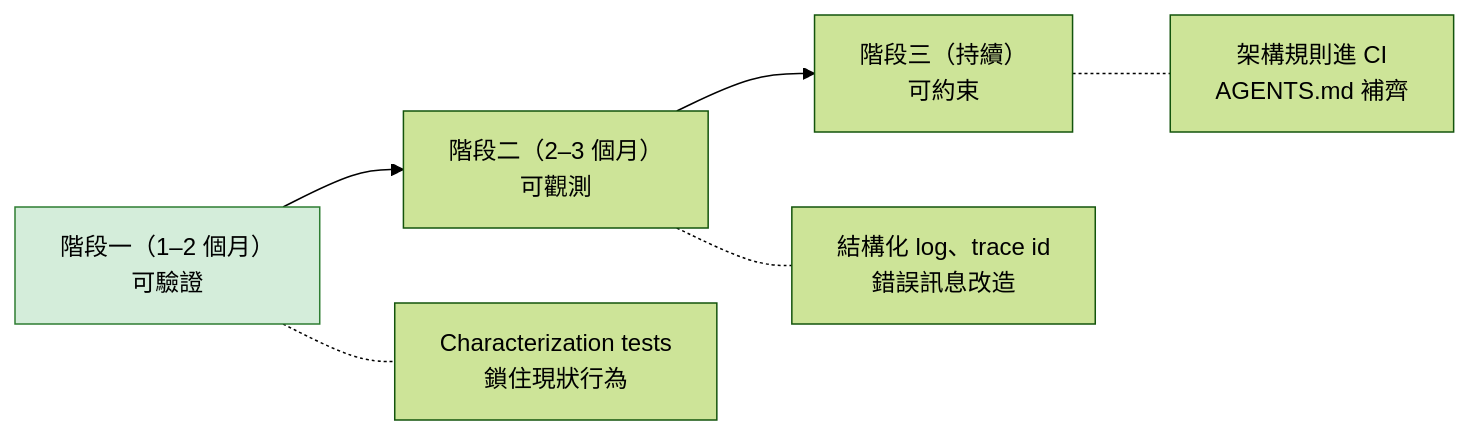
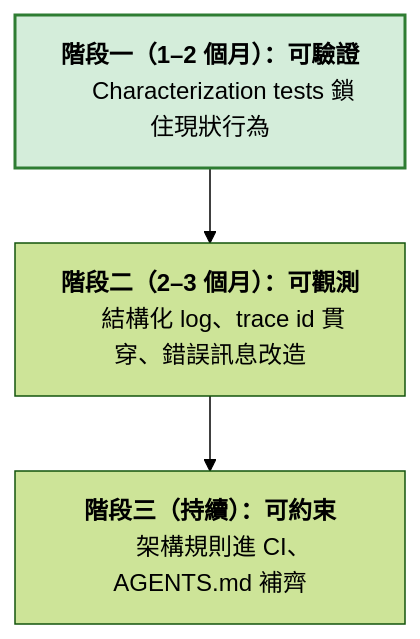
The third of 3 diagrams in 2026-10-agentic-harness-blueprint/article.md (fantasybz/medium-articles), drawn with Mermaid (forest theme) before and after one commit. The commit also changed 26 other files, not shown here.

First line of the commit message:
Redraw the remaining wide and tall diagrams across all four articles

````diff
--- a/2026-10-agentic-harness-blueprint/article.md
+++ b/2026-10-agentic-harness-blueprint/article.md
@@ -210,8 +210,11 @@
 ```mermaid
-flowchart LR
-    S1["階段一（1–2 個月）<br/>可驗證"] --> S2["階段二（2–3 個月）<br/>可觀測"] --> S3["階段三（持續）<br/>可約束"]
-    S1 -.- T1["Characterization tests<br/>鎖住現狀行為"]
-    S2 -.- T2["結構化 log、trace id<br/>錯誤訊息改造"]
-    S3 -.- T3["架構規則進 CI<br/>AGENTS.md 補齊"]
-    style S1 fill:#d4edda,stroke:#2e7d32
+flowchart TB
+    S1["<b>階段一（1–2 個月）：可驗證</b>
+    Characterization tests 鎖住現狀行為"]
+    S2["<b>階段二（2–3 個月）：可觀測</b>
+    結構化 log、trace id 貫穿、錯誤訊息改造"]
+    S3["<b>階段三（持續）：可約束</b>
+    架構規則進 CI、AGENTS.md 補齊"]
+    S1 --> S2 --> S3
+    style S1 fill:#d4edda,stroke:#2e7d32,stroke-width:2px
 ```
````
